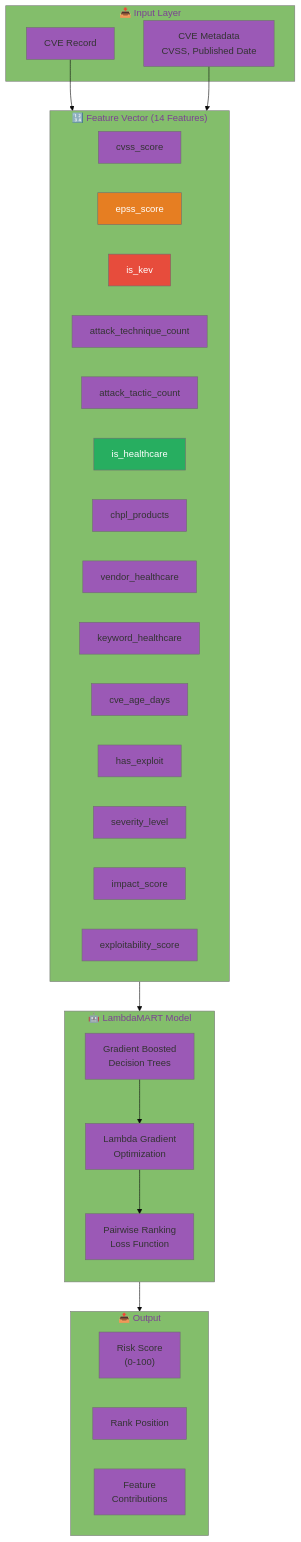
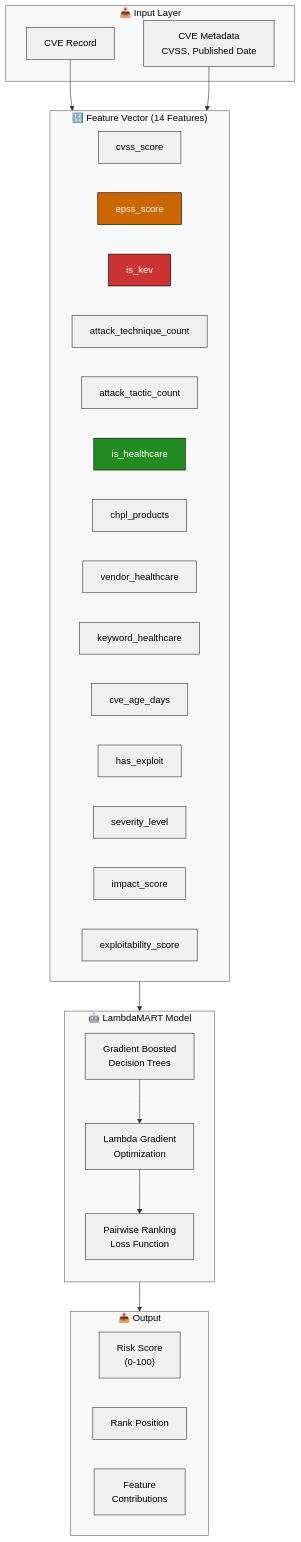
The diagram in cti_recommender/docs/diagrams/ltr_model.mmd (er-vinay-india/healthcare-vuln-prioritization-ltr), drawn with Mermaid before and after one commit. The commit also changed 8 other files, not shown here.

Commit message:
fix: improve diagram contrast - white background, black text

```diff
--- a/cti_recommender/docs/diagrams/ltr_model.mmd
+++ b/cti_recommender/docs/diagrams/ltr_model.mmd
@@ -1,47 +1,47 @@
-%%{init: {'theme': 'base', 'themeVariables': { 'primaryColor': '#9b59b6'}}}%%
+%%{init: {'theme': 'base', 'themeVariables': { 'primaryColor': '#e8e8e8', 'primaryTextColor': '#000000', 'primaryBorderColor': '#333333', 'secondaryColor': '#f5f5f5', 'secondaryTextColor': '#000000', 'tertiaryColor': '#ffffff', 'tertiaryTextColor': '#000000', 'lineColor': '#333333', 'textColor': '#000000', 'background': '#ffffff', 'mainBkg': '#f0f0f0', 'nodeBorder': '#333333', 'clusterBkg': '#f8f8f8', 'clusterBorder': '#666666', 'titleColor': '#000000'}}}%%
 flowchart TB
     subgraph Input["📥 Input Layer"]
         CVE["CVE Record"]
         META["CVE Metadata<br/>CVSS, Published Date"]
     end
 
     subgraph Features["🔢 Feature Vector (14 Features)"]
         direction LR
         F1["cvss_score"]
         F2["epss_score"]
         F3["is_kev"]
         F4["attack_technique_count"]
         F5["attack_tactic_count"]
         F6["is_healthcare"]
         F7["chpl_products"]
         F8["vendor_healthcare"]
         F9["keyword_healthcare"]
         F10["cve_age_days"]
         F11["has_exploit"]
         F12["severity_level"]
         F13["impact_score"]
         F14["exploitability_score"]
     end
 
     subgraph Model["🤖 LambdaMART Model"]
         direction TB
         TREES["Gradient Boosted<br/>Decision Trees"]
         LAMBDA["Lambda Gradient<br/>Optimization"]
         RANK["Pairwise Ranking<br/>Loss Function"]
         TREES --> LAMBDA --> RANK
     end
 
     subgraph Output["📤 Output"]
         SCORE["Risk Score<br/>(0-100)"]
         RANK_POS["Rank Position"]
         EXPLAIN["Feature<br/>Contributions"]
     end
 
     CVE --> Features
     META --> Features
     Features --> Model
     Model --> Output
 
-    style F3 fill:#e74c3c,color:#fff
-    style F2 fill:#e67e22,color:#fff
-    style F6 fill:#27ae60,color:#fff
+    style F3 fill:#cc3333,color:#ffffff,stroke:#000000
+    style F2 fill:#cc6600,color:#ffffff,stroke:#000000
+    style F6 fill:#228b22,color:#ffffff,stroke:#000000
```
